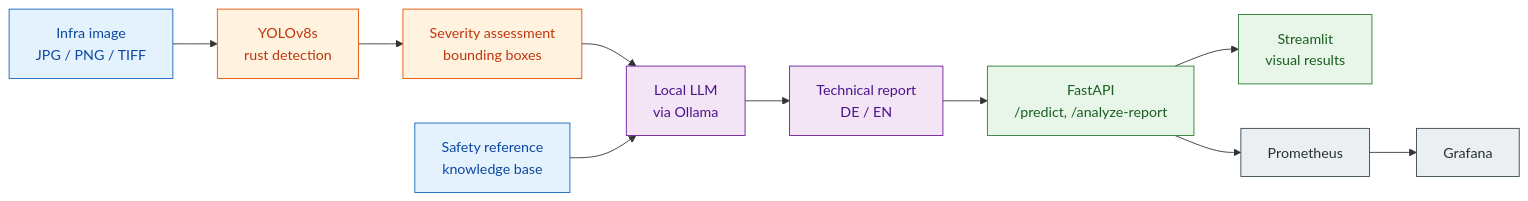
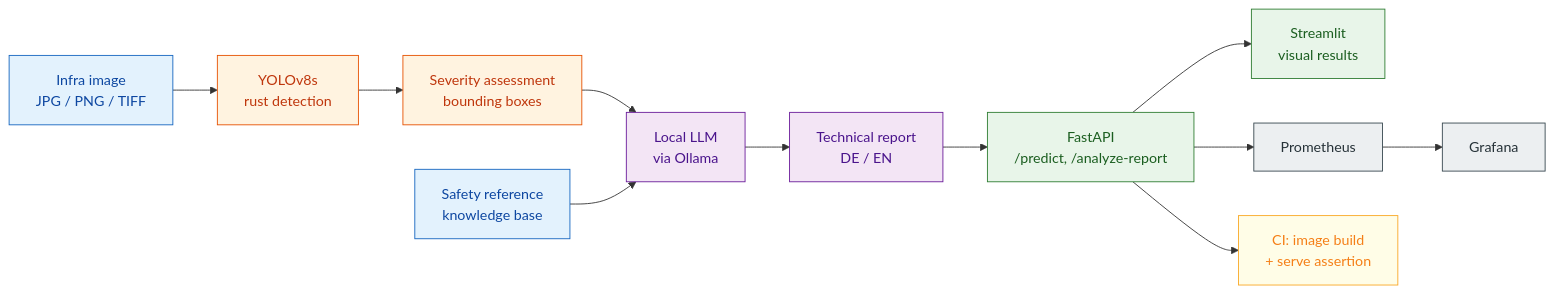
One commit to ksnishat/infralens changed the first of 2 diagrams in README.md. Above: the diagram before and after it, drawn with Mermaid. The commit also changed other lines of this file, not shown here.

First line of the commit message:
docs: bring README up to date and add a request-path diagram

````diff
--- a/README.md
+++ b/README.md
@@ -45,24 +47,27 @@
 ```mermaid
 flowchart LR
     IMG["Infra image<br/>JPG / PNG / TIFF"] --> YOLO["YOLOv8s<br/>rust detection"]
     YOLO --> ANALYSIS["Severity assessment<br/>bounding boxes"]
     ANALYSIS --> LLM["Local LLM<br/>via Ollama"]
     KB["Safety reference<br/>knowledge base"] --> LLM
     LLM --> REPORT["Technical report<br/>DE / EN"]
     REPORT --> API["FastAPI<br/>/predict, /analyze-report"]
     API --> UI["Streamlit<br/>visual results"]
     API --> Prom["Prometheus"]
     Prom --> Graf["Grafana"]
+    API --> CI["CI: image build<br/>+ serve assertion"]
 
     classDef data fill:#e3f2fd,stroke:#1565c0,stroke-width:1px,color:#0d47a1
     classDef train fill:#fff3e0,stroke:#e65100,stroke-width:1px,color:#bf360c
     classDef track fill:#f3e5f5,stroke:#6a1b9a,stroke-width:1px,color:#4a148c
     classDef serve fill:#e8f5e9,stroke:#2e7d32,stroke-width:1px,color:#1b5e20
     classDef observe fill:#eceff1,stroke:#37474f,stroke-width:1px,color:#263238
+    classDef gate fill:#fffde7,stroke:#f9a825,stroke-width:1px,color:#f57f17
 
     class IMG,KB data
     class YOLO,ANALYSIS train
     class LLM,REPORT track
     class API,UI serve
     class Prom,Graf observe
+    class CI gate
 ```
````
